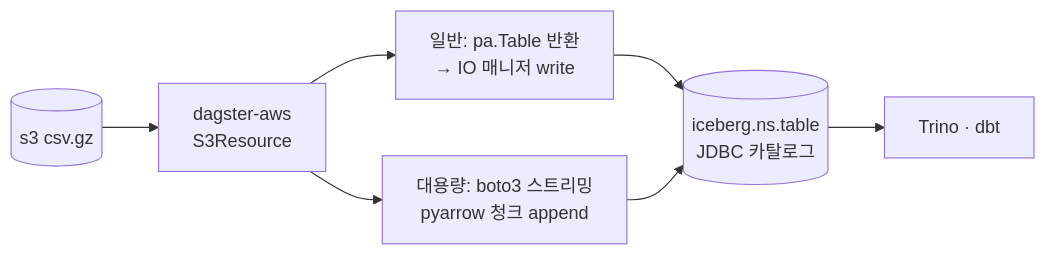
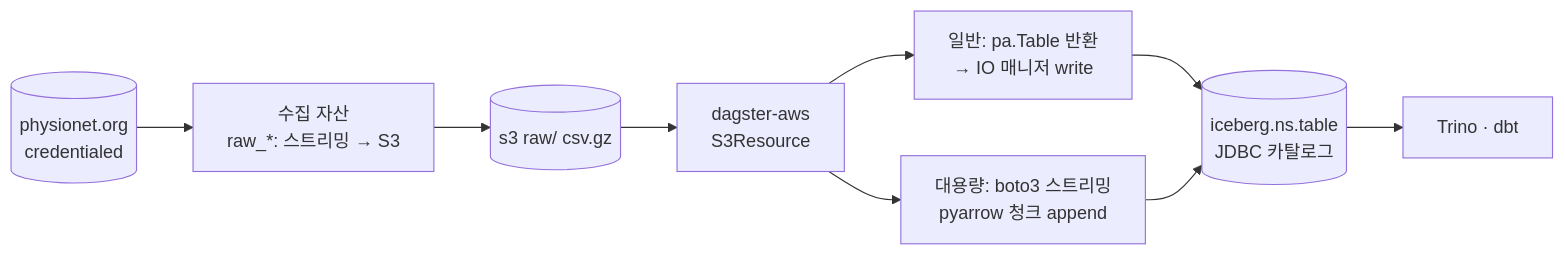
The fifth of 5 diagrams in docs/architectures/overview.md (Melting-Face/pipeline-study), drawn with Mermaid before and after one commit. The commit also changed other lines of this file and 23 other files, not shown here.

````diff
--- a/docs/architectures/overview.md
+++ b/docs/architectures/overview.md
@@ -279,13 +311,16 @@
 ```mermaid
 flowchart LR
-    SRC[(s3 csv.gz)]
+    PHY[(physionet.org<br/>credentialed)]
+    DL[수집 자산<br/>raw_*: 스트리밍 → S3]
+    SRC[(s3 raw/ csv.gz)]
     S3R[dagster-aws<br/>S3Resource]
     A[일반: pa.Table 반환<br/>→ IO 매니저 write]
     B[대용량: boto3 스트리밍<br/>pyarrow 청크 append]
     ICE[(iceberg.ns.table<br/>JDBC 카탈로그)]
     Q[Trino · dbt]
 
+    PHY --> DL --> SRC
     SRC --> S3R
     S3R --> A --> ICE
     S3R --> B --> ICE --> Q
 ```
````
